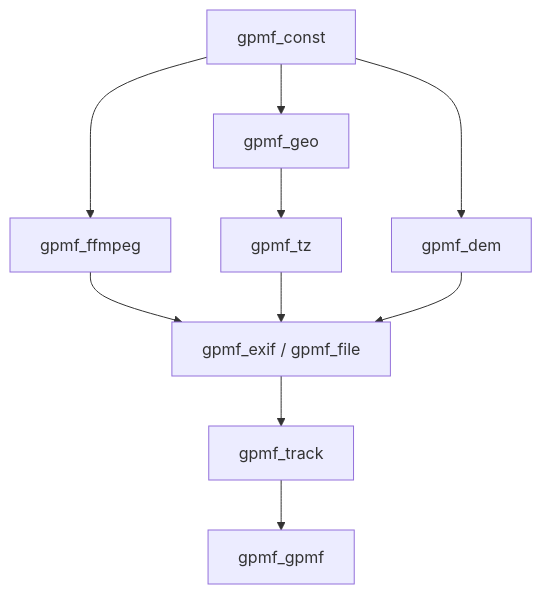
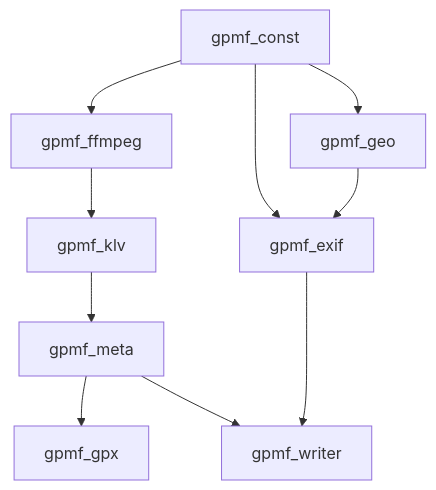
Before and after one commit to RalfPeter/rpg_gpmf: the second of 2 diagrams in README.md, drawn with Mermaid. The commit also changed other lines of this file and 2 other files, not shown here.

Commit message:
update rpg_gpmf

````diff
--- a/README.md
+++ b/README.md
@@ -119,25 +118,25 @@
 ```mermaid
 flowchart TD
     CONST["gpmf_const"]
 
     FFMPEG["gpmf_ffmpeg"]
     GEO["gpmf_geo"]
-    DEM["gpmf_dem"]
-    TZ["gpmf_tz"]
-    EXIF_FILE["gpmf_exif / gpmf_file"]
-    TRACK["gpmf_track"]
-    GPMF["gpmf_gpmf"]
+    EXIF["gpmf_exif"]
+
+    KLV["gpmf_klv"]
+    META["gpmf_meta"]
+    GPX["gpmf_gpx"]
+    WRITER["gpmf_writer"]
 
     CONST --> FFMPEG
     CONST --> GEO
-    CONST --> DEM
+    CONST --> EXIF
 
-    GEO --> TZ
+    GEO --> EXIF
+    FFMPEG --> KLV
 
-    FFMPEG --> EXIF_FILE
-    TZ --> EXIF_FILE
-    DEM --> EXIF_FILE
-
-    EXIF_FILE --> TRACK
-    TRACK --> GPMF
+    KLV --> META
+    META --> GPX
+    META --> WRITER
+    EXIF --> WRITER
 ```
````
